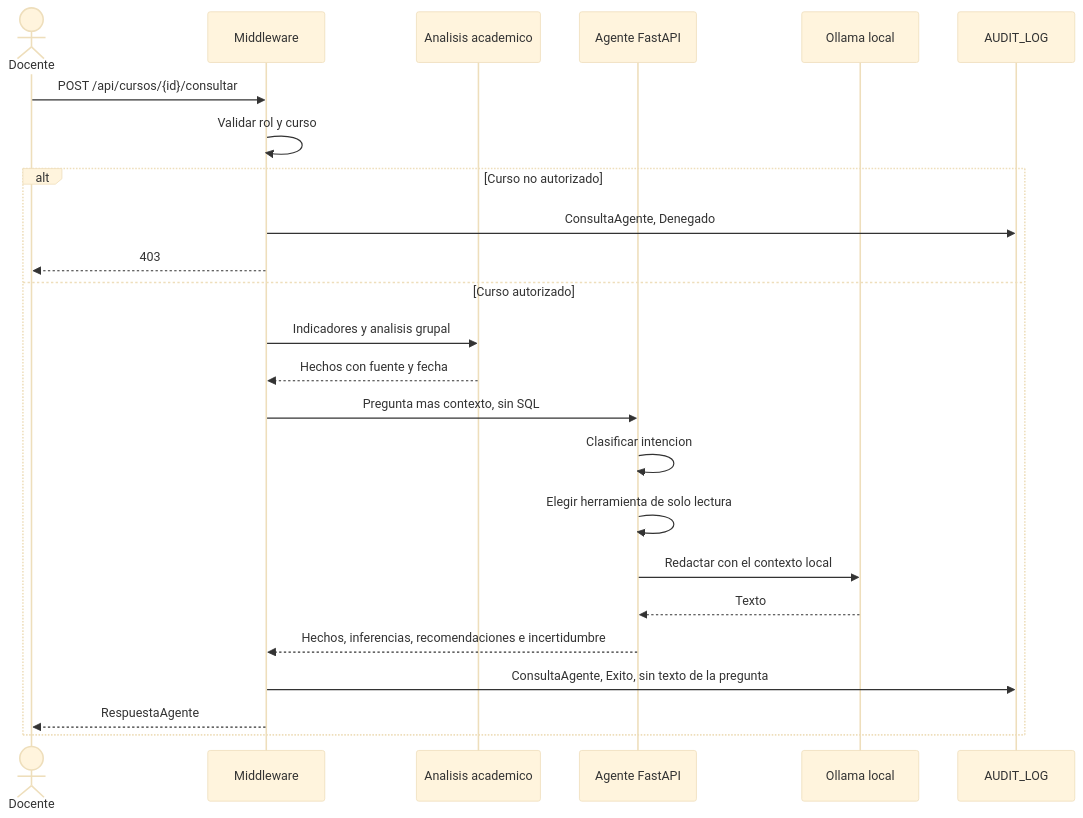
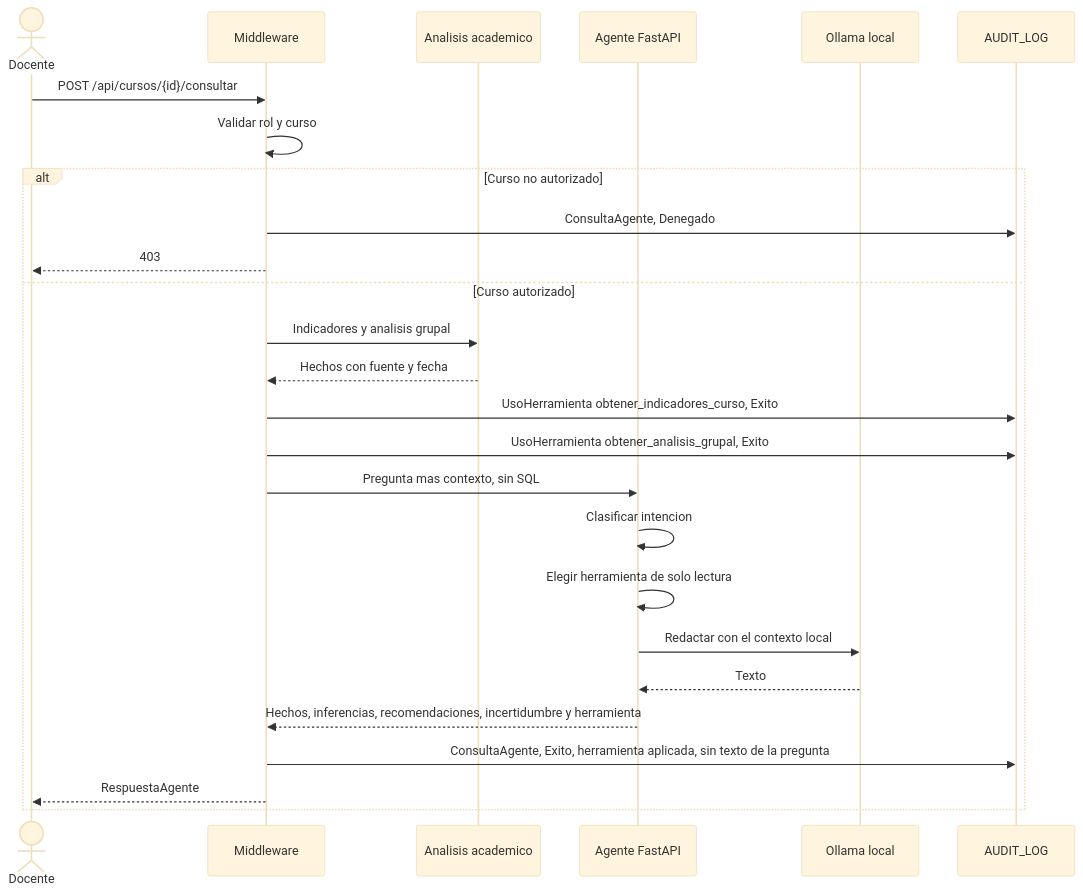
The sixth of 10 diagrams in docs/Modelos_Sprint2_Manobanda.md (JoselynREDRO106/Uta_Agente_Proyecto), drawn with Mermaid (base theme) before and after one commit. The commit also changed other lines of this file and 36 other files, not shown here.

````diff
--- a/docs/Modelos_Sprint2_Manobanda.md
+++ b/docs/Modelos_Sprint2_Manobanda.md
@@ -299,27 +299,29 @@
 ```mermaid
 sequenceDiagram
     actor Docente
     participant MW as Middleware
     participant AN as Analisis academico
     participant AG as Agente FastAPI
     participant LLM as Ollama local
     participant AU as AUDIT_LOG
 
     Docente->>MW: POST /api/cursos/{id}/consultar
     MW->>MW: Validar rol y curso
     alt Curso no autorizado
         MW->>AU: ConsultaAgente, Denegado
         MW-->>Docente: 403
     else Curso autorizado
         MW->>AN: Indicadores y analisis grupal
         AN-->>MW: Hechos con fuente y fecha
+        MW->>AU: UsoHerramienta obtener_indicadores_curso, Exito
+        MW->>AU: UsoHerramienta obtener_analisis_grupal, Exito
         MW->>AG: Pregunta mas contexto, sin SQL
         AG->>AG: Clasificar intencion
         AG->>AG: Elegir herramienta de solo lectura
         AG->>LLM: Redactar con el contexto local
         LLM-->>AG: Texto
-        AG-->>MW: Hechos, inferencias, recomendaciones e incertidumbre
-        MW->>AU: ConsultaAgente, Exito, sin texto de la pregunta
+        AG-->>MW: Hechos, inferencias, recomendaciones, incertidumbre y herramienta
+        MW->>AU: ConsultaAgente, Exito, herramienta aplicada, sin texto de la pregunta
         MW-->>Docente: RespuestaAgente
     end
 ```
````
